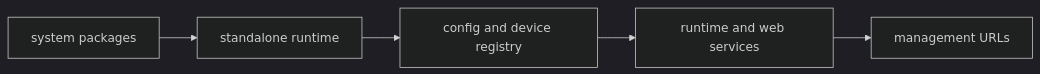
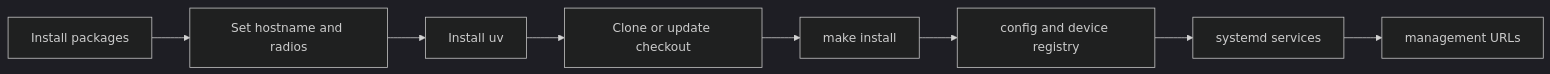
One commit to marcomc/BMGateway changed the first of 2 diagrams in rpi-setup/manual-setup.md. Above: the diagram before and after it, drawn with Mermaid (dark theme). The commit also changed other lines of this file and 7 other files, not shown here.

Commit message:
Enhance documentation with new diagrams for system flow, Raspberry Pi setup, and web implementation; improve clarity on runtime state and history storage processes.

````diff
--- a/rpi-setup/manual-setup.md
+++ b/rpi-setup/manual-setup.md
@@ -166,13 +169,21 @@
 ```mermaid
 flowchart LR
-    Packages["system packages"]
-    Runtime["standalone runtime"]
+    accTitle: Raspberry Pi bootstrap flow
+    accDescr: Shows how bootstrap-install.sh prepares packages, host services, uv, the checkout, runtime install, systemd services, and final URLs.
+    Packages["Install packages"]
+    Host["Set hostname and radios"]
+    UV["Install uv"]
+    Checkout["Clone or update checkout"]
+    Runtime["make install"]
     Config["config and device registry"]
-    Services["runtime and web services"]
+    Services["systemd services"]
     URLs["management URLs"]
 
-    Packages --> Runtime
+    Packages --> Host
+    Host --> UV
+    UV --> Checkout
+    Checkout --> Runtime
     Runtime --> Config
     Config --> Services
     Services --> URLs
 ```
````
